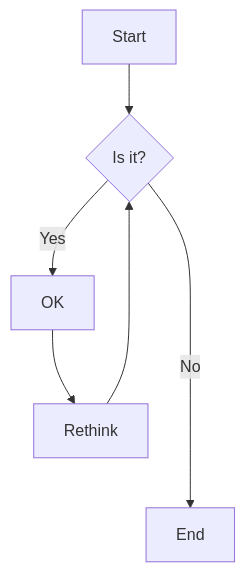
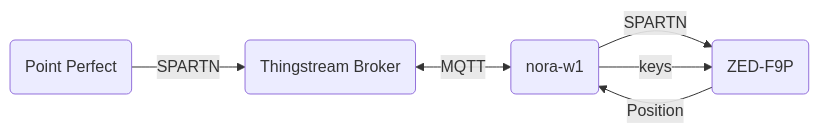
Before and after one commit to ldab/fenceless_robotic_lawnmower: the diagram in README.md, drawn with Mermaid. The commit also changed other lines of this file and 1 other file, not shown here.

Commit message:
misc readme update

````diff
--- a/README.md
+++ b/README.md
@@ -19,8 +22,8 @@
 ```mermaid
-flowchart TD
-    A[Start] --> B{Is it?}
-    B -- Yes --> C[OK]
-    C --> D[Rethink]
-    D --> B
-    B -- No ----> E[End]
+flowchart LR
+    A(Point Perfect) --  SPARTN --> B(Thingstream Broker)
+    B <-- MQTT --> C(nora-w1)
+    C -- SPARTN --> D(ZED-F9P)
+    C -- keys --> D(ZED-F9P)
+    D -- Position --> C
 ```
````
